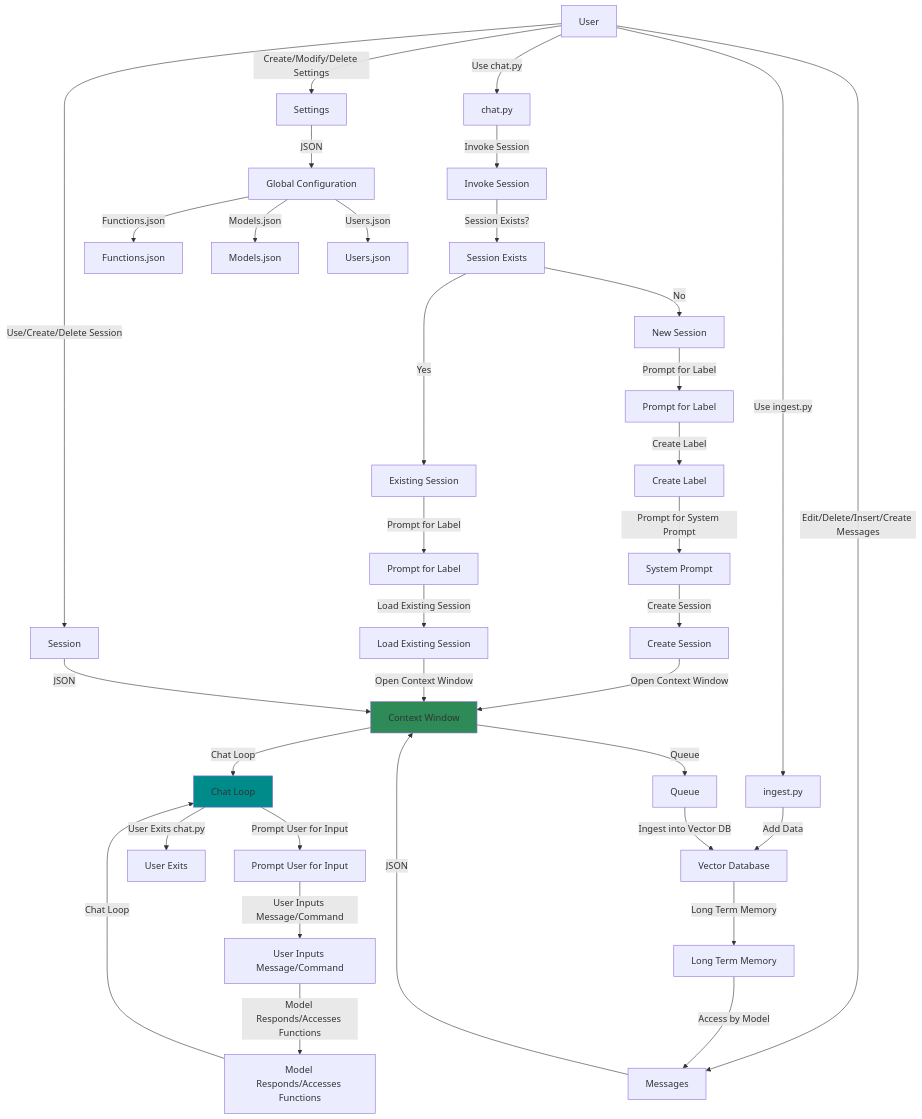
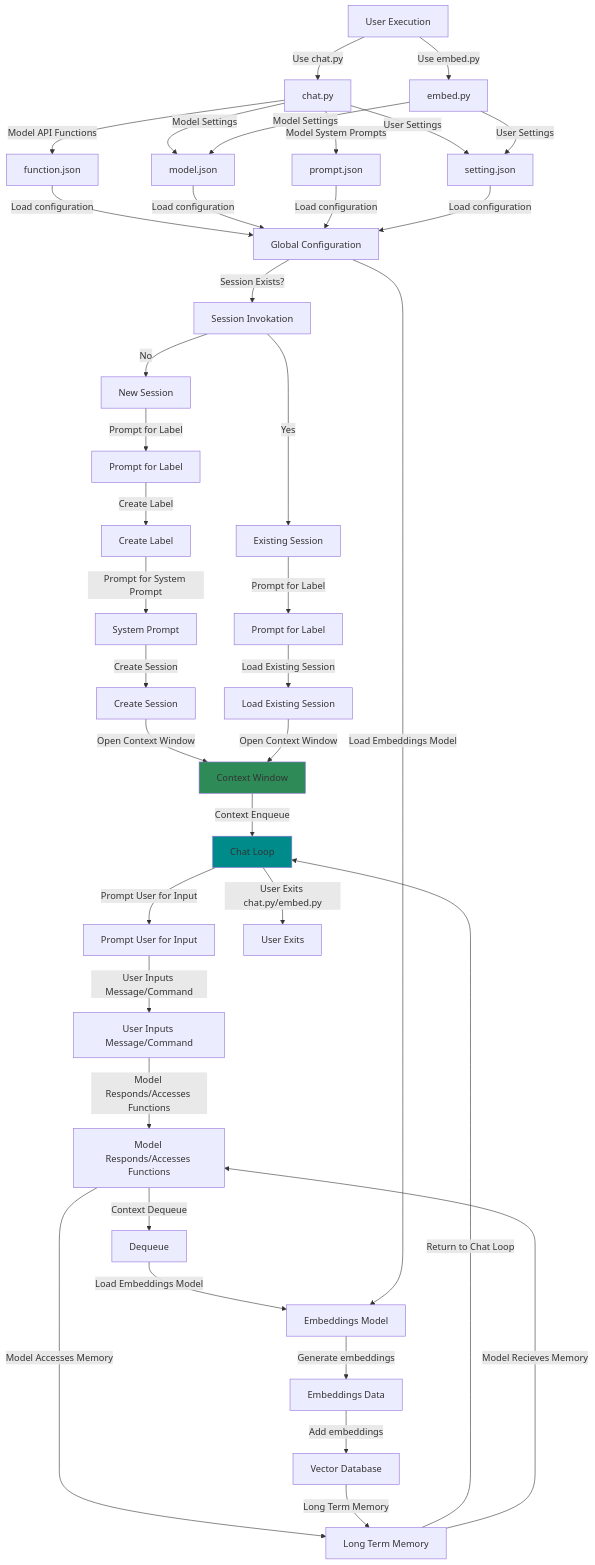
One commit to teleprint-me/py.gpt.prompt changed the diagram in docs/mermaid/overview.mmd. Above: the diagram before and after it, drawn with Mermaid.

Commit message:
refactor: Revise initial rough draft

```diff
--- a/docs/mermaid/overview.mmd
+++ b/docs/mermaid/overview.mmd
@@ -1,37 +1,40 @@
 graph TB
-  U["User"] -- "Use chat.py" --> CP["chat.py"]
-  CP -- "Invoke Session" --> IS["Invoke Session"]
-  IS -- "Session Exists?" --> SE["Session Exists"]
-  SE -- "No" --> NS["New Session"]
-  NS -- "Prompt for Label" --> PL["Prompt for Label"]
-  PL -- "Create Label" --> CL["Create Label"]
-  CL -- "Prompt for System Prompt" --> SP["System Prompt"]
-  SP -- "Create Session" --> CS["Create Session"]
-  CS -- "Open Context Window" --> CW["Context Window"]
-  CW -- "Chat Loop" --> CLP["Chat Loop"]
-  CLP -- "Prompt User for Input" --> PUI["Prompt User for Input"]
-  PUI -- "User Inputs Message/Command" --> UIMC["User Inputs Message/Command"]
-  UIMC -- "Model Responds/Accesses Functions" --> MRAF["Model Responds/Accesses Functions"]
-  MRAF -- "Chat Loop" --> CLP
-  CLP -- "User Exits chat.py" --> UE["User Exits"]
-  SE -- "Yes" --> ES["Existing Session"]
-  ES -- "Prompt for Label" --> PL2["Prompt for Label"]
-  PL2 -- "Load Existing Session" --> LES["Load Existing Session"]
+  U["User Execution"] -- "Use chat.py" --> CP["chat.py"]
+  CP -- "Model API Functions" --> MF["function.json"]
+  CP -- "Model Settings" --> MC["model.json"]
+  CP -- "Model System Prompts" --> MP["prompt.json"]
+  CP -- "User Settings" --> US["setting.json"]
+  MF -- "Load configuration" --> GC[Global Configuration]
+  MC -- "Load configuration" --> GC[Global Configuration]
+  MP -- "Load configuration" --> GC[Global Configuration]
+  US -- "Load configuration" --> GC[Global Configuration]
+  GC -- "Session Exists?" --> SE[Session Invokation]
+  SE -- "No" --> NS[New Session]
+  NS -- "Prompt for Label" --> PL[Prompt for Label]
+  PL -- "Create Label" --> CL[Create Label]
+  CL -- "Prompt for System Prompt" --> SP[System Prompt]
+  SP -- "Create Session" --> CS[Create Session]
+  CS -- "Open Context Window" --> CW[Context Window]
+  CW -- "Context Enqueue" --> CLP[Chat Loop]
+  CLP -- "Prompt User for Input" --> PUI[Prompt User for Input]
+  PUI -- "User Inputs Message/Command" --> UIMC[User Inputs Message/Command]
+  UIMC -- "Model Responds/Accesses Functions" --> MRAF[Model Responds/Accesses Functions]
+  MRAF -- "Context Dequeue" --> DQ[Dequeue]
+  MRAF -- "Model Accesses Memory" --> LTM
+  DQ -- "Load Embeddings Model" --> LEM[Embeddings Model]
+  LEM -- "Generate embeddings" --> EBD[Embeddings Data]
+  EBD -- "Add embeddings" --> VDB[Vector Database]
+  VDB -- "Long Term Memory" --> LTM[Long Term Memory]
+  LTM -- "Return to Chat Loop" --> CLP
+  LTM -- "Model Recieves Memory" --> MRAF
+  CLP -- "User Exits chat.py/embed.py" --> UE[User Exits]
+  SE -- "Yes" --> ES[Existing Session]
+  ES -- "Prompt for Label" --> PL2[Prompt for Label]
+  PL2 -- "Load Existing Session" --> LES[Load Existing Session]
   LES -- "Open Context Window" --> CW
-  U -- "Edit/Delete/Insert/Create Messages" --> M["Messages"]
-  U -- "Use/Create/Delete Session" --> S["Session"]
-  U -- "Create/Modify/Delete Settings" --> ST["Settings"]
-  U -- "Use ingest.py" --> IP["ingest.py"]
-  M -- "JSON" --> CW
-  S -- "JSON" --> CW
-  ST -- "JSON" --> GC["Global Configuration"]
-  GC -- "Functions.json" --> FJ["Functions.json"]
-  GC -- "Models.json" --> MJ["Models.json"]
-  GC -- "Users.json" --> UJ["Users.json"]
-  IP -- "Add Data" --> VDB["Vector Database"]
-  CW -- "Queue" --> Q["Queue"]
-  Q -- "Ingest into Vector DB" --> VDB
-  VDB -- "Long Term Memory" --> LTM["Long Term Memory"]
-  LTM -- "Access by Model" --> M
+  U -- "Use embed.py" --> IP["embed.py"]
+  IP -- "Model Settings" --> MC["model.json"]
+  IP -- "User Settings" --> US["setting.json"]
+  GC -- "Load Embeddings Model" --> LEM
   style CW fill:#2E8B57
   style CLP fill:#008B8B
```
